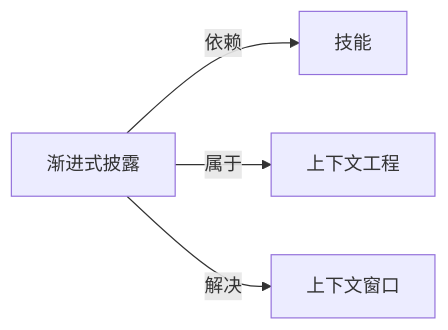
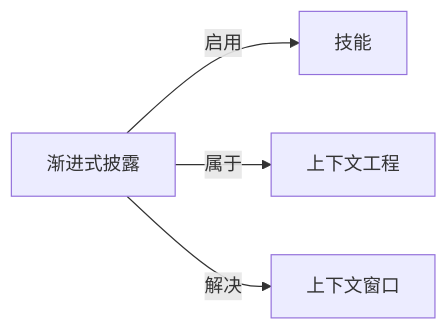
One commit to yibie/claude-best-practices-zh changed the diagram in wiki/渐进式披露.md. Above: the diagram before and after it, drawn with Mermaid. The commit also changed other lines of this file and 407 other files, not shown here.

Commit message:
feat: DeepSeek 三遍审校（译文/关系/图谱）+ 可部署静态站点

````diff
--- a/wiki/渐进式披露.md
+++ b/wiki/渐进式披露.md
@@ -46,7 +47,7 @@
 ```mermaid
 graph LR
   C["渐进式披露"]
-  C -->|依赖| N0["技能"]
+  C -->|启用| N0["技能"]
   C -->|属于| N1["上下文工程"]
   C -->|解决| N2["上下文窗口"]
 ```
````
